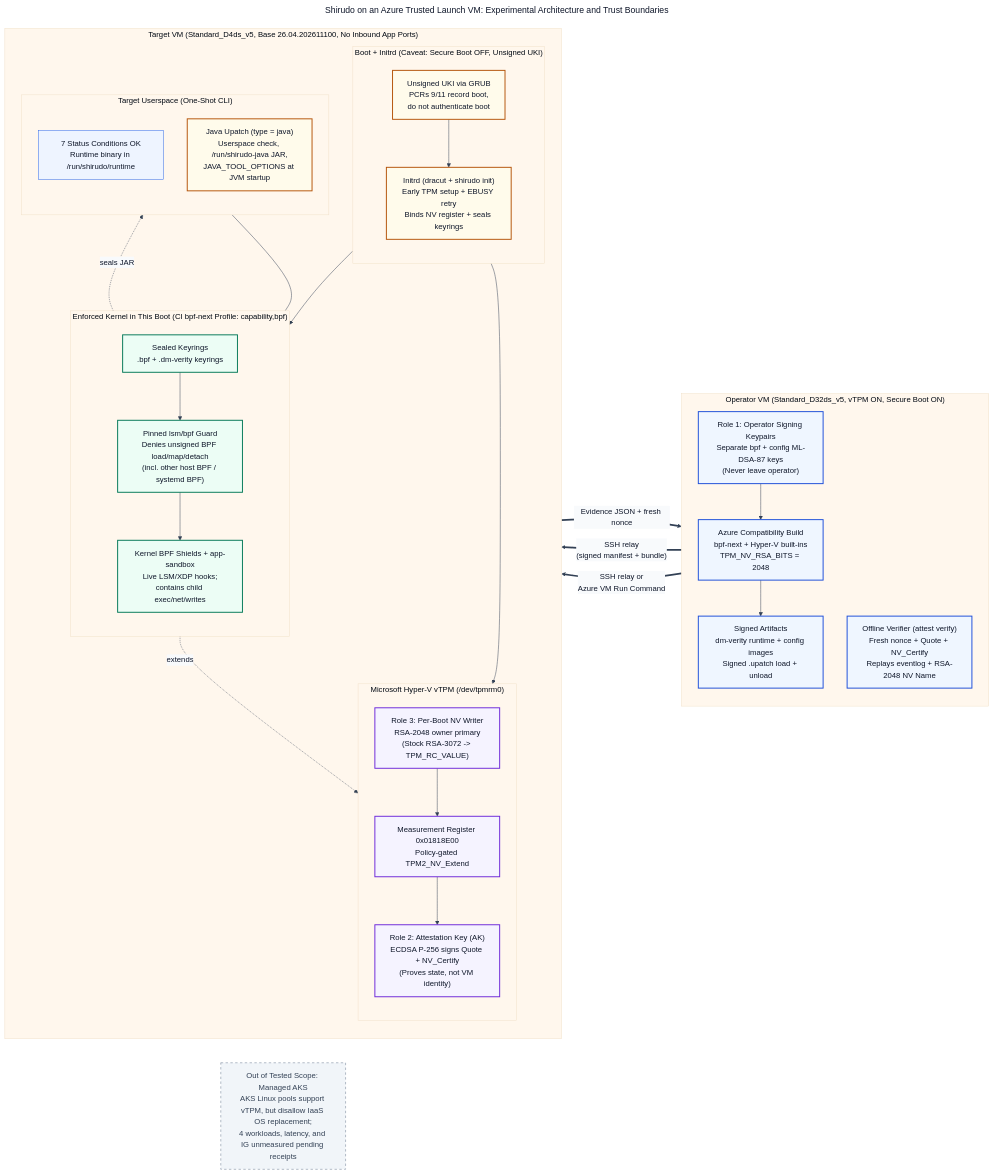
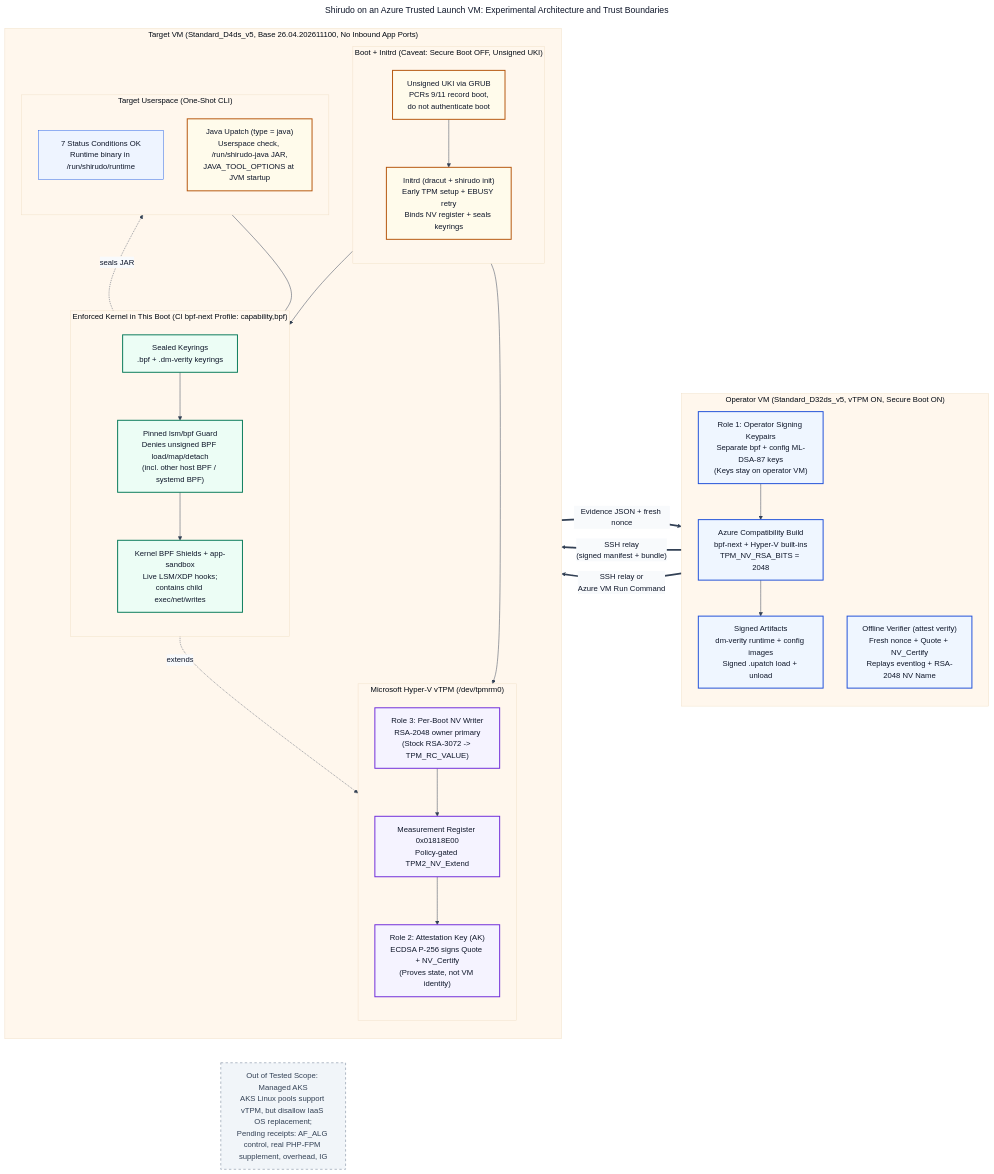
The diagram in docs/figures/shirudo-azure-trust-boundary.mmd (johnsonshi/shirudo-on-azure), drawn with Mermaid before and after one commit. The commit also changed 4 other files, not shown here.

Commit message:
Add bounded target control results and tighten operator key and BPF attach labels

```diff
--- a/docs/figures/shirudo-azure-trust-boundary.mmd
+++ b/docs/figures/shirudo-azure-trust-boundary.mmd
@@ -1,81 +1,81 @@
 ---
 title: "Shirudo on an Azure Trusted Launch VM: Experimental Architecture and Trust Boundaries"
 config:
   theme: base
   layout: dagre
   themeVariables:
     primaryColor: "#eef4ff"
     primaryTextColor: "#0f172a"
     primaryBorderColor: "#2563eb"
     lineColor: "#334155"
     secondaryColor: "#f8fafc"
     tertiaryColor: "#fff7ed"
 ---
 %% Editable Mermaid source for docs/figures/shirudo-azure-trust-boundary.svg
 %% Experimental Azure IaaS port (not official Azure support; managed AKS not tested).
 flowchart LR
     subgraph OP["Operator VM (Standard_D32ds_v5, vTPM ON, Secure Boot ON)"]
         direction TB
-        OP_KEYS["Role 1: Operator Signing Keypairs<br/>Separate bpf + config ML-DSA-87 keys<br/>(Never leave operator)"]
+        OP_KEYS["Role 1: Operator Signing Keypairs<br/>Separate bpf + config ML-DSA-87 keys<br/>(Keys stay on operator VM)"]
         OP_BUILD["Azure Compatibility Build<br/>bpf-next + Hyper-V built-ins<br/>TPM_NV_RSA_BITS = 2048"]
         OP_ART["Signed Artifacts<br/>dm-verity runtime + config images<br/>Signed .upatch load + unload"]
         OP_VER["Offline Verifier (attest verify)<br/>Fresh nonce + Quote + NV_Certify<br/>Replays eventlog + RSA-2048 NV Name"]
         OP_KEYS --> OP_BUILD --> OP_ART
     end
 
     subgraph TGT["Target VM (Standard_D4ds_v5, Base 26.04.202611100, No Inbound App Ports)"]
         direction TB
 
         subgraph BOOT["Boot + Initrd (Caveat: Secure Boot OFF, Unsigned UKI)"]
             direction TB
             UKI["Unsigned UKI via GRUB<br/>PCRs 9/11 record boot,<br/>do not authenticate boot"]
             INIT["Initrd (dracut + shirudo init)<br/>Early TPM setup + EBUSY retry<br/>Binds NV register + seals keyrings"]
             UKI --> INIT
         end
 
         subgraph KRN["Enforced Kernel in This Boot (CI bpf-next Profile: capability,bpf)"]
             direction TB
             KR["Sealed Keyrings<br/>.bpf + .dm-verity keyrings"]
             LSM["Pinned lsm/bpf Guard<br/>Denies unsigned BPF load/map/detach<br/>(incl. other host BPF / systemd BPF)"]
             BPF_SH["Kernel BPF Shields + app-sandbox<br/>Live LSM/XDP hooks;<br/>contains child exec/net/writes"]
             KR --> LSM --> BPF_SH
         end
 
         subgraph USR["Target Userspace (One-Shot CLI)"]
             direction TB
             STATUS["7 Status Conditions OK<br/>Runtime binary in /run/shirudo/runtime"]
             JAVA_SH["Java Upatch (type = java)<br/>Userspace check, /run/shirudo-java JAR,<br/>JAVA_TOOL_OPTIONS at JVM startup"]
         end
 
         subgraph VTPM["Microsoft Hyper-V vTPM (/dev/tpmrm0)"]
             direction TB
             NVW["Role 3: Per-Boot NV Writer<br/>RSA-2048 owner primary<br/>(Stock RSA-3072 -> TPM_RC_VALUE)"]
             REG["Measurement Register 0x01818E00<br/>Policy-gated TPM2_NV_Extend"]
             AK["Role 2: Attestation Key (AK)<br/>ECDSA P-256 signs Quote + NV_Certify<br/>(Proves state, not VM identity)"]
             NVW --> REG --> AK
         end
 
         INIT --> KR
         INIT --> NVW
         LSM -. "extends" .-> NVW
         LSM -. "seals JAR" .-> JAVA_SH
         STATUS --- LSM
     end
 
-    OUT_SCOPE["Out of Tested Scope: Managed AKS<br/>AKS Linux pools support vTPM, but disallow IaaS OS replacement;<br/>4 workloads, latency, and IG unmeasured pending receipts"]
+    OUT_SCOPE["Out of Tested Scope: Managed AKS<br/>AKS Linux pools support vTPM, but disallow IaaS OS replacement;<br/>Pending receipts: AF_ALG control, real PHP-FPM supplement, overhead, IG"]
 
     OP_ART ==>|"SSH relay<br/>(signed manifest + bundle)"| INIT
     OP_ART ==>|"SSH relay or<br/>Azure VM Run Command"| LSM
     AK ==>|"Evidence JSON + fresh nonce"| OP_VER
 
     classDef operatorBox fill:#eff6ff,stroke:#1d4ed8,stroke-width:2px,color:#0f172a
     classDef kernelBox fill:#ecfdf5,stroke:#047857,stroke-width:2px,color:#0f172a
     classDef caveatBox fill:#fffbeb,stroke:#b45309,stroke-width:2px,color:#0f172a
     classDef vtpmBox fill:#f5f3ff,stroke:#6d28d9,stroke-width:2px,color:#0f172a
     classDef scopeBox fill:#f1f5f9,stroke:#64748b,stroke-dasharray: 5 5,color:#334155
 
     class OP_KEYS,OP_BUILD,OP_ART,OP_VER operatorBox
     class KR,LSM,BPF_SH kernelBox
     class UKI,INIT,JAVA_SH caveatBox
     class NVW,REG,AK vtpmBox
     class OUT_SCOPE scopeBox
```
